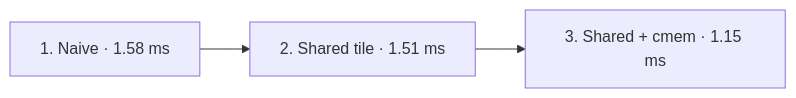
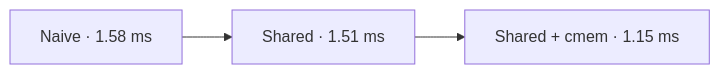
Before and after one commit to 0chonko/0chonko.github.io: the third of 3 diagrams in content/_blog/A-5x5-Convolution-Three-CUDA-Ways.md, drawn with Mermaid. The commit also changed other lines of this file, not shown here.

````diff
--- a/content/_blog/A-5x5-Convolution-Three-CUDA-Ways.md
+++ b/content/_blog/A-5x5-Convolution-Three-CUDA-Ways.md
@@ -72,5 +62,5 @@
 ```mermaid
 flowchart LR
-  S1["1. Naive · 1.58 ms"] --> S2["2. Shared tile · 1.51 ms"]
-  S2 --> S3["3. Shared + cmem · 1.15 ms"]
+  N["Naive · 1.58 ms"] --> S["Shared · 1.51 ms"]
+  S --> C["Shared + cmem · 1.15 ms"]
 ```
````
